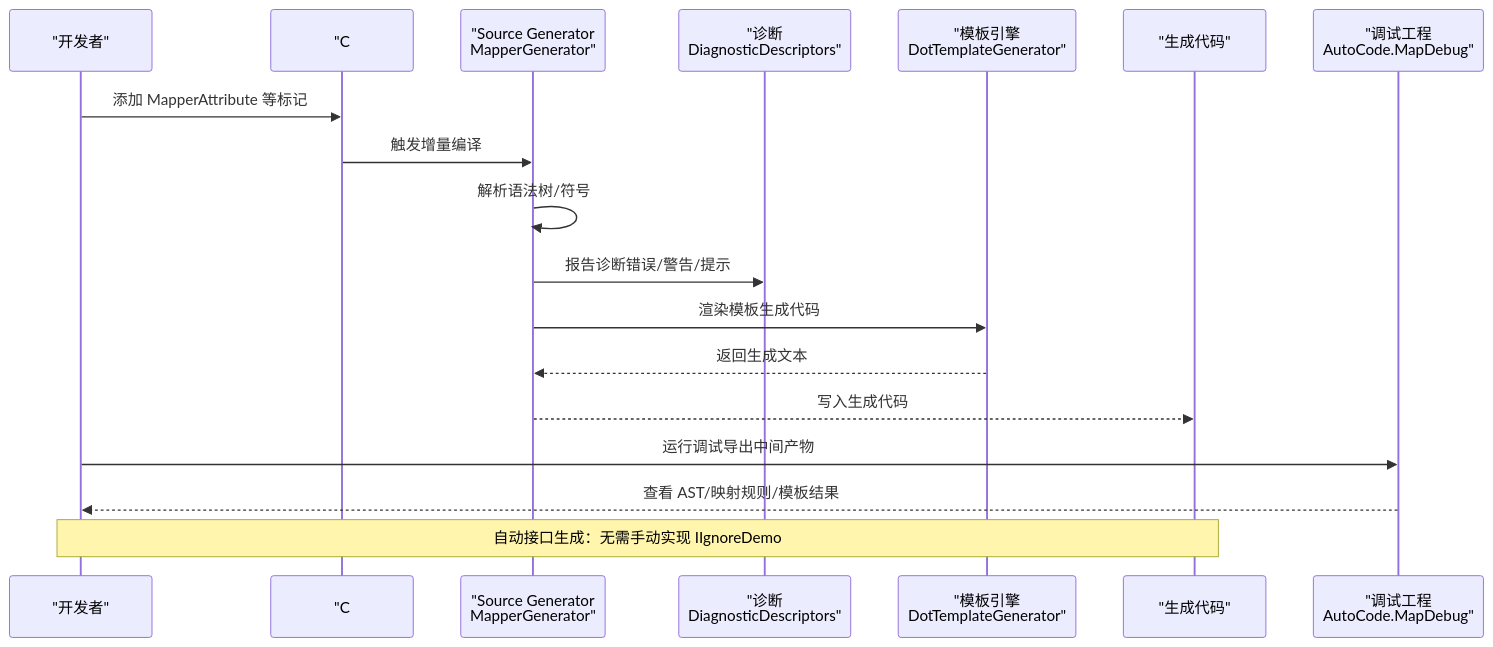
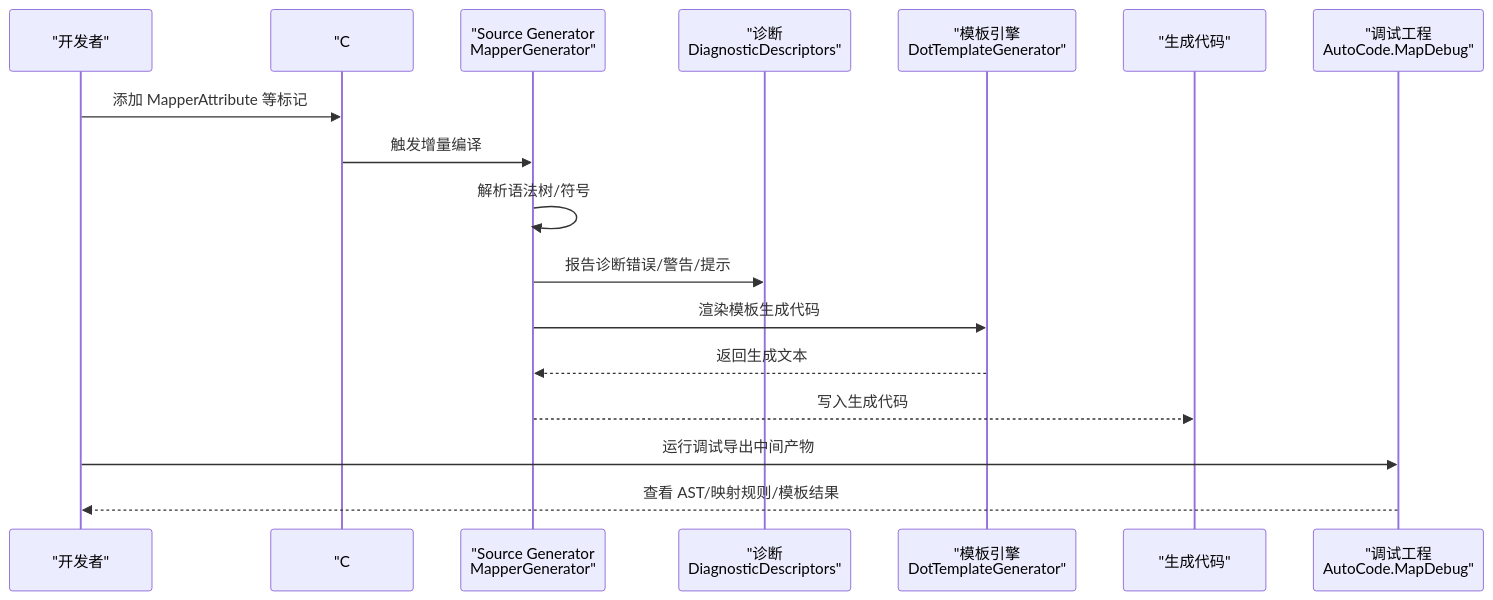
Before and after one commit to alivy/AutoCode: the second of 4 diagrams in .qoder/repowiki/zh/content/调试与诊断/调试与诊断.md, drawn with Mermaid. The commit also changed other lines of this file and 152 other files, not shown here.

````diff
--- a/.qoder/repowiki/zh/content/调试与诊断/调试与诊断.md
+++ b/.qoder/repowiki/zh/content/调试与诊断/调试与诊断.md
@@ -142,20 +128,19 @@
 ```mermaid
 sequenceDiagram
 participant Dev as "开发者"
 participant CSProj as "C# 项目"
 participant SG as "Source Generator<br/>MapperGenerator"
 participant Diag as "诊断<br/>DiagnosticDescriptors"
 participant Tpl as "模板引擎<br/>DotTemplateGenerator"
 participant Out as "生成代码"
 participant Debug as "调试工程<br/>AutoCode.MapDebug"
 Dev->>CSProj : 添加 MapperAttribute 等标记
 CSProj->>SG : 触发增量编译
 SG->>SG : 解析语法树/符号
 SG->>Diag : 报告诊断错误/警告/提示
 SG->>Tpl : 渲染模板生成代码
 Tpl-->>SG : 返回生成文本
 SG-->>Out : 写入生成代码
 Dev->>Debug : 运行调试导出中间产物
 Debug-->>Dev : 查看 AST/映射规则/模板结果
-Note over Dev,Out : 自动接口生成：无需手动实现 IIgnoreDemo
 ```
````
